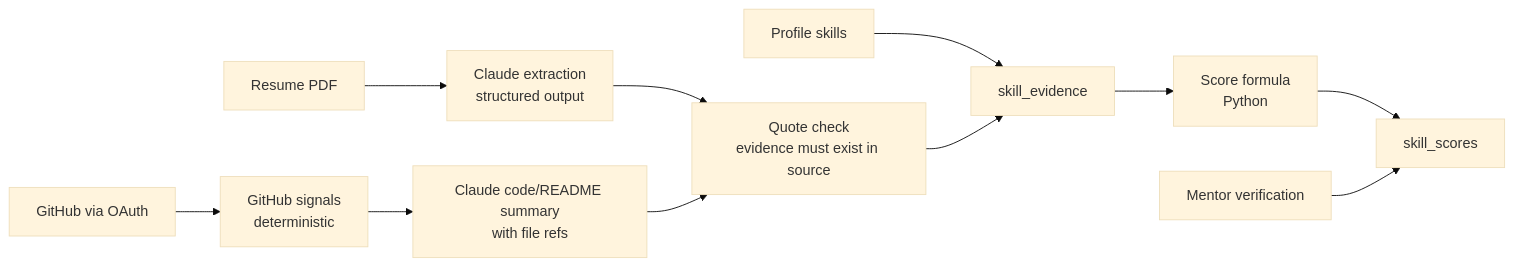
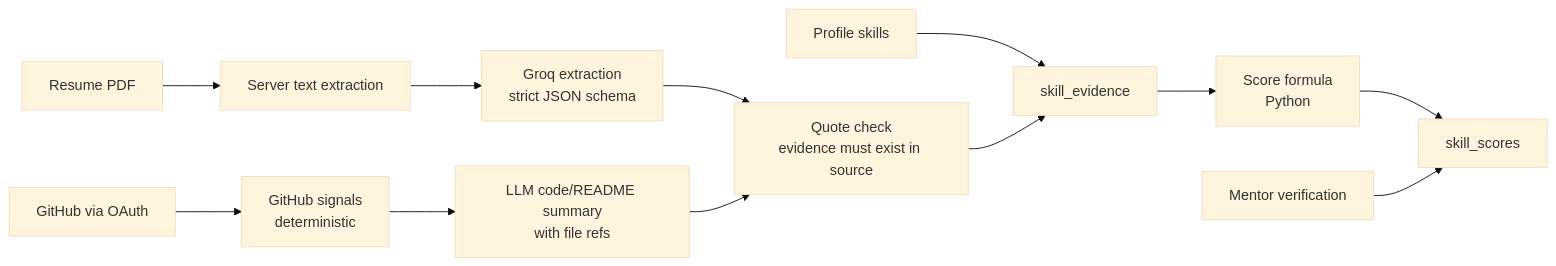
One commit to piyushkapoor235/sprintbridge changed the diagram in docs/skill-intelligence.md. Above: the diagram before and after it, drawn with Mermaid (base theme). The commit also changed other lines of this file and 27 other files, not shown here.

First line of the commit message:
Switch analysis engine to Groq, add OCR, skill categories and resume recommendations

````diff
--- a/docs/skill-intelligence.md
+++ b/docs/skill-intelligence.md
@@ -48,13 +48,13 @@
 ```mermaid
 flowchart LR
-    R[Resume PDF] --> X[Claude extraction<br/>structured output]
+    R[Resume PDF] --> T[Server text extraction] --> X[Groq extraction<br/>strict JSON schema]
     G[GitHub via OAuth] --> S[GitHub signals<br/>deterministic]
-    S --> C[Claude code/README summary<br/>with file refs]
+    S --> C[LLM code/README summary<br/>with file refs]
     X --> V[Quote check<br/>evidence must exist in source]
     C --> V
     P[Profile skills] --> E
     V --> E[skill_evidence]
     E --> F[Score formula<br/>Python]
     F --> SS[skill_scores]
     M[Mentor verification] --> SS
 ```
````
